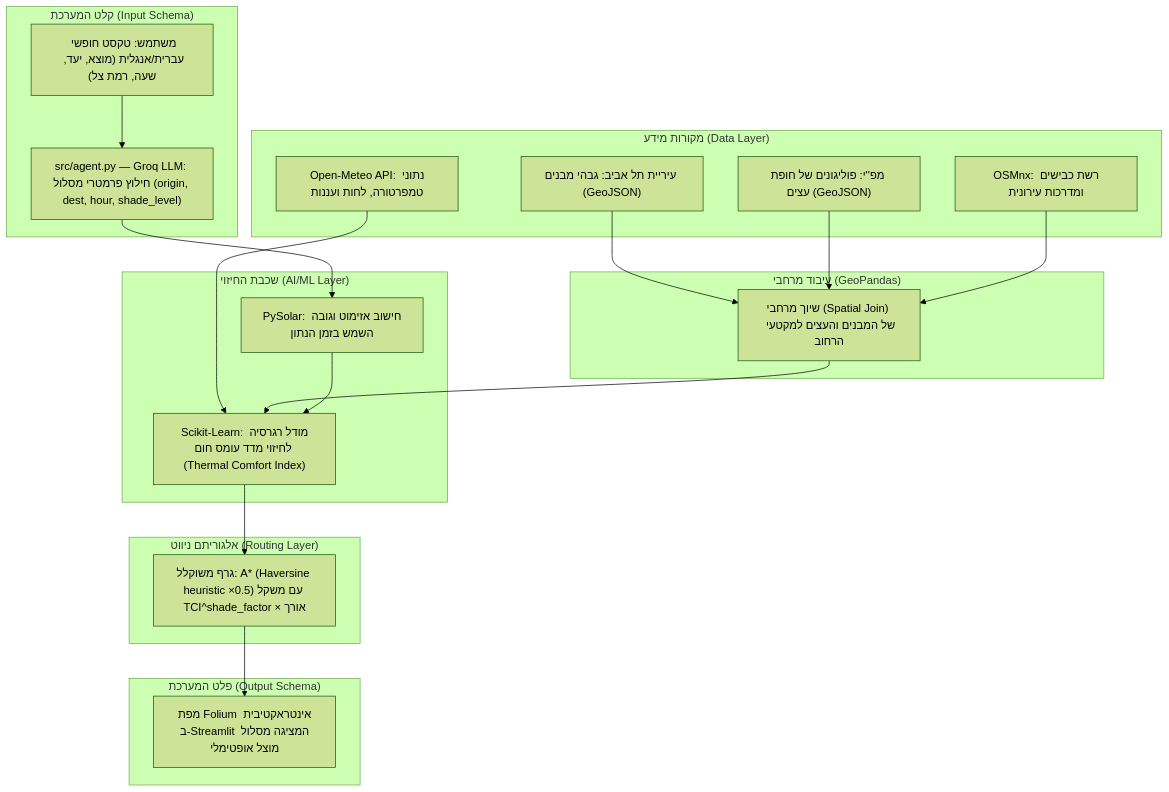
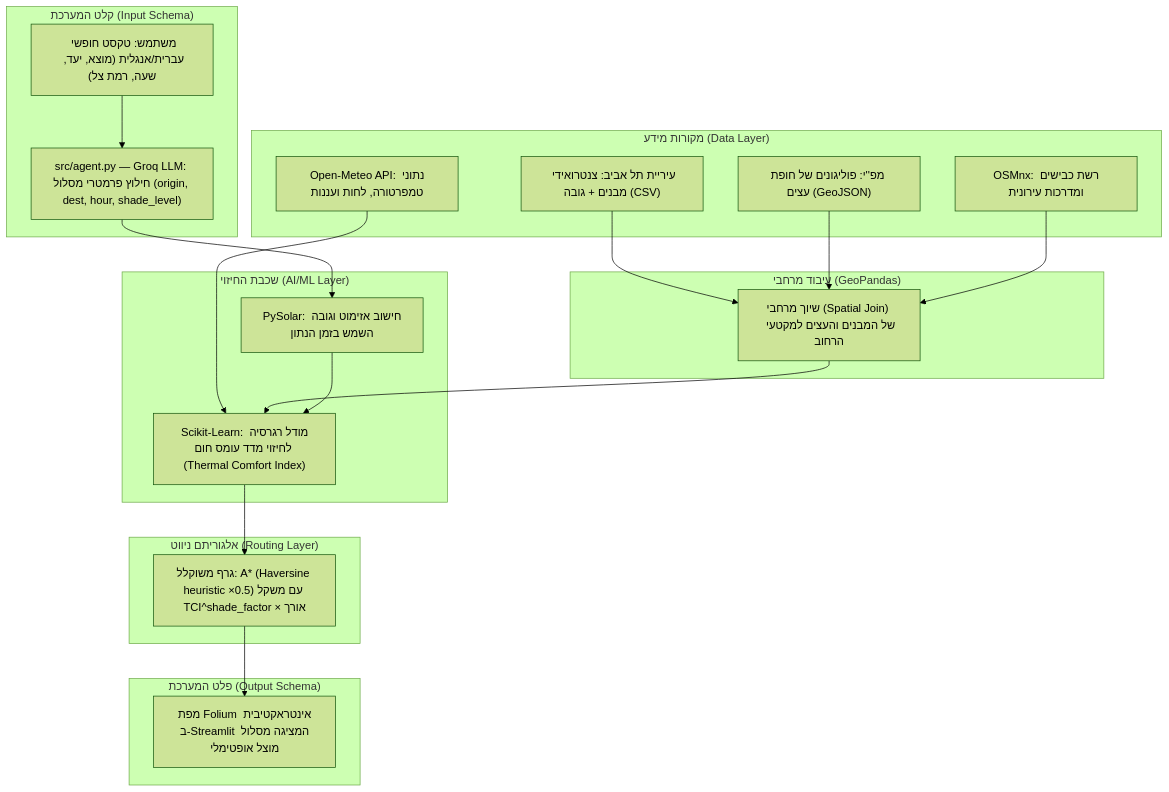
Before and after one commit to rony0509389831/alyssa-roni: the diagram in README.md, drawn with Mermaid (forest theme). The commit also changed other lines of this file and 9 other files, not shown here.

````diff
--- a/README.md
+++ b/README.md
@@ -131,42 +131,42 @@
 ```mermaid
 flowchart TD
     subgraph Input["קלט המערכת (Input Schema)"]
         A["משתמש: טקסט חופשי עברית/אנגלית (מוצא, יעד, שעה, רמת צל)"]
         LLM["src/agent.py — Groq LLM: חילוץ פרמטרי מסלול (origin, dest, hour, shade_level)"]
         A --> LLM
     end
 
     subgraph Data_Sources["מקורות מידע (Data Layer)"]
         B["Open-Meteo API: נתוני טמפרטורה, לחות ועננות"]
-        C["עיריית תל אביב: גבהי מבנים (GeoJSON)"]
+        C["עיריית תל אביב: צנטרואידי מבנים + גובה (CSV)"]
         D["מפ''י: פוליגונים של חופת עצים (GeoJSON)"]
         E["OSMnx: רשת כבישים ומדרכות עירונית"]
     end
 
     subgraph Processing["עיבוד מרחבי (GeoPandas)"]
         F["שיוך מרחבי (Spatial Join) של המבנים והעצים למקטעי הרחוב"]
     end
 
     subgraph ML["שכבת החיזוי (AI/ML Layer)"]
         G["PySolar: חישוב אזימוט וגובה השמש בזמן הנתון"]
         H["Scikit-Learn: מודל רגרסיה לחיזוי מדד עומס חום (Thermal Comfort Index)"]
     end
 
     subgraph Routing["אלגוריתם ניווט (Routing Layer)"]
         I["גרף משוקלל: A* (Haversine heuristic ×0.5) עם משקל TCI^shade_factor × אורך"]
     end
 
     subgraph Output["פלט המערכת (Output Schema)"]
         J["מפת Folium אינטראקטיבית ב-Streamlit המציגה מסלול מוצל אופטימלי"]
     end
 
     LLM --> G
     B --> H
     C --> F
     D --> F
     E --> F
     F --> H
     G --> H
     H --> I
     I --> J
 ```
````
